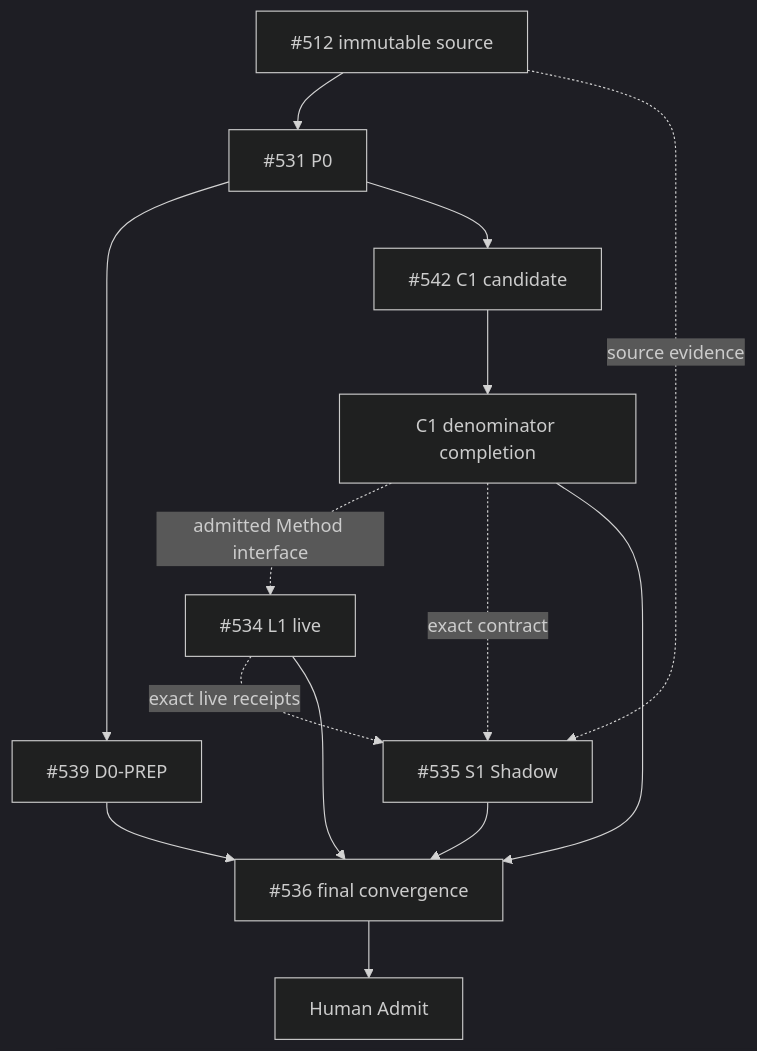
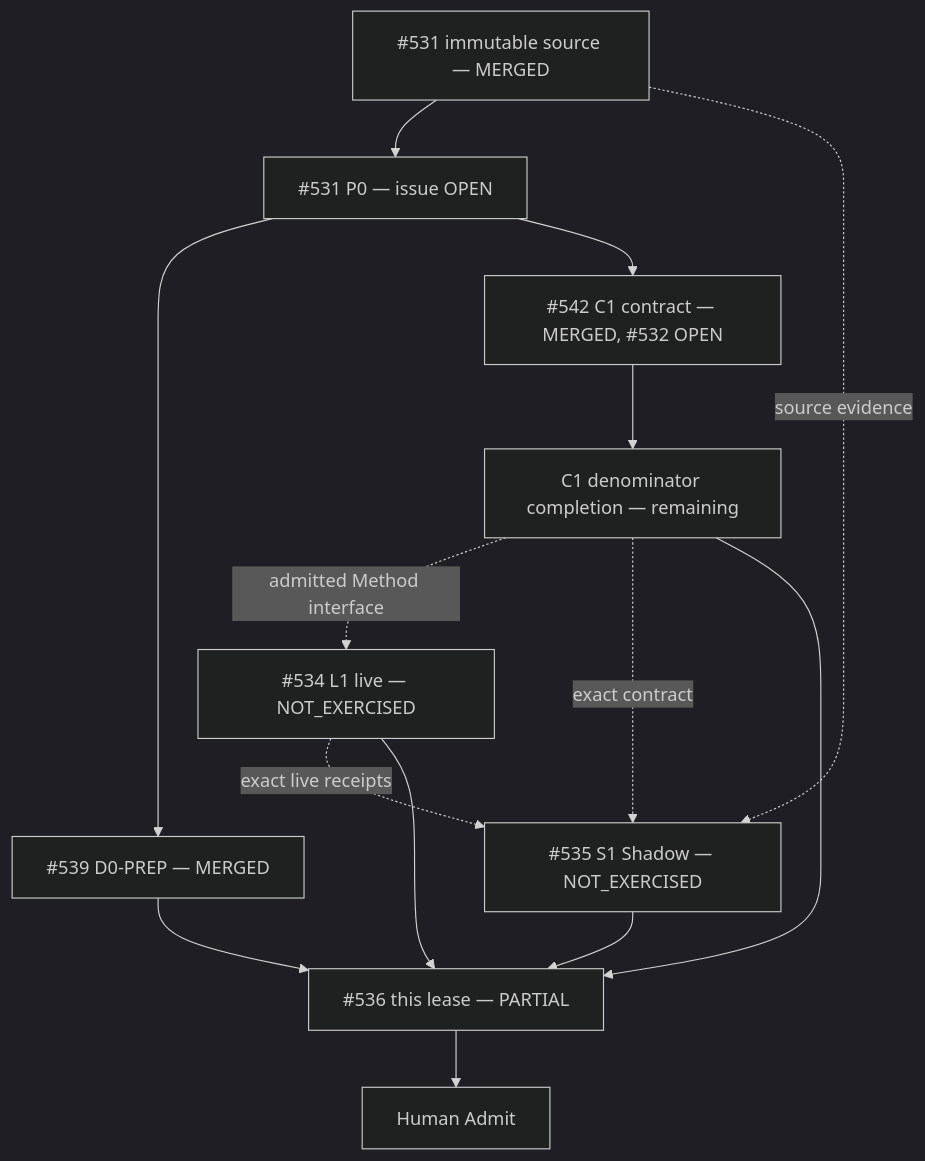
One commit to ed3c/skills-shared changed the diagram in skills/git-town-stacked-pr-worker/molecular-indexes/git-at-any-scale/README.md. Above: the diagram before and after it, drawn with Mermaid (dark theme). The commit also changed other lines of this file and 4 other files, not shown here.

````diff
--- a/skills/git-town-stacked-pr-worker/molecular-indexes/git-at-any-scale/README.md
+++ b/skills/git-town-stacked-pr-worker/molecular-indexes/git-at-any-scale/README.md
@@ -35,26 +39,26 @@
 ```mermaid
 flowchart TD
-    SRC[#512 immutable source]
-    P0[#531 P0]
-    D0[#539 D0-PREP]
-    C1[#542 C1 candidate]
-    CC[C1 denominator completion]
-    L1[#534 L1 live]
-    S1[#535 S1 Shadow]
-    D1[#536 final convergence]
+    SRC[#531 immutable source — MERGED]
+    P0[#531 P0 — issue OPEN]
+    D0[#539 D0-PREP — MERGED]
+    C1[#542 C1 contract — MERGED, #532 OPEN]
+    CC[C1 denominator completion — remaining]
+    L1[#534 L1 live — NOT_EXERCISED]
+    S1[#535 S1 Shadow — NOT_EXERCISED]
+    D1[#536 this lease — PARTIAL]
     H[Human Admit]
 
     SRC --> P0
     P0 --> D0
     P0 --> C1
     C1 --> CC
     CC -. admitted Method interface .-> L1
     SRC -. source evidence .-> S1
     CC -. exact contract .-> S1
     L1 -. exact live receipts .-> S1
     D0 --> D1
     CC --> D1
     L1 --> D1
     S1 --> D1
     D1 --> H
 ```
````
